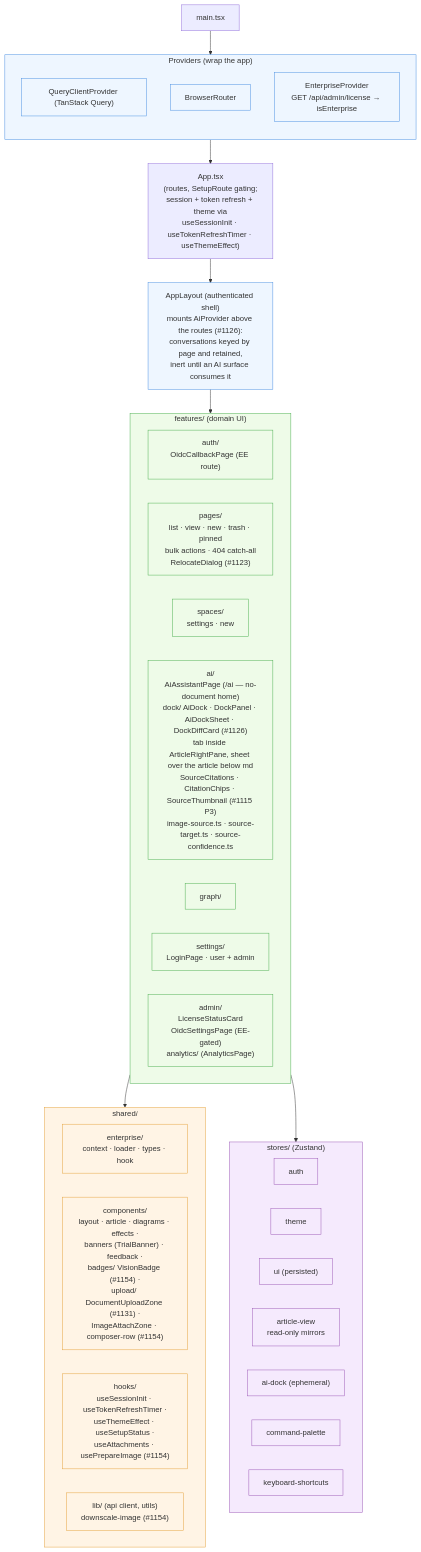
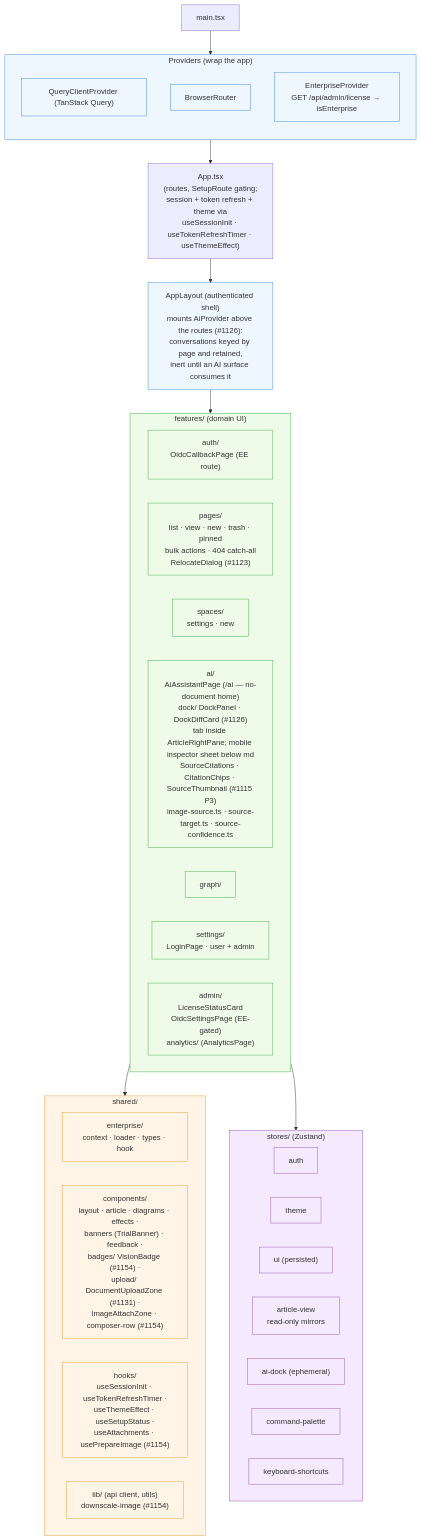
One commit to Compendiq/compendiq-ce changed the first of 6 diagrams in docs/architecture/04-frontend-structure.md. Above: the diagram before and after it, drawn with Mermaid. The commit also changed other lines of this file and 13 other files, not shown here.

````diff
--- a/docs/architecture/04-frontend-structure.md
+++ b/docs/architecture/04-frontend-structure.md
@@ -8,59 +8,59 @@
 ```mermaid
 flowchart TB
     main["main.tsx"]
 
     subgraph providers["Providers (wrap the app)"]
         direction TB
         qp["QueryClientProvider (TanStack Query)"]
         rp["BrowserRouter"]
         ep["EnterpriseProvider<br/>GET /api/admin/license → isEnterprise"]
     end
 
     main --> providers
     providers --> app["App.tsx<br/>(routes, SetupRoute gating;<br/>session + token refresh + theme via<br/>useSessionInit · useTokenRefreshTimer · useThemeEffect)"]
 
     subgraph features["features/ (domain UI)"]
         direction LR
         fAuth["auth/<br/>OidcCallbackPage (EE route)"]
         fPages["pages/<br/>list · view · new · trash · pinned<br/>bulk actions · 404 catch-all<br/>RelocateDialog (#1123)"]
         fSpaces["spaces/<br/>settings · new"]
-        fAI["ai/<br/>AiAssistantPage (/ai — no-document home)<br/>dock/ AiDock · DockPanel · AiDockSheet · DockDiffCard (#1126)<br/>tab inside ArticleRightPane, sheet over the article below md<br/>SourceCitations · CitationChips · SourceThumbnail (#1115 P3)<br/>image-source.ts · source-target.ts · source-confidence.ts"]
+        fAI["ai/<br/>AiAssistantPage (/ai — no-document home)<br/>dock/ DockPanel · DockDiffCard (#1126)<br/>tab inside ArticleRightPane; mobile inspector sheet below md<br/>SourceCitations · CitationChips · SourceThumbnail (#1115 P3)<br/>image-source.ts · source-target.ts · source-confidence.ts"]
         fGraph["graph/"]
         fSettings["settings/<br/>LoginPage · user + admin"]
         fAdmin["admin/<br/>LicenseStatusCard<br/>OidcSettingsPage (EE-gated)<br/>analytics/ (AnalyticsPage)"]
     end
 
     app --> shell["AppLayout (authenticated shell)<br/>mounts AiProvider above the routes (#1126):<br/>conversations keyed by page and retained,<br/>inert until an AI surface consumes it"]
     shell --> features
 
     subgraph shared["shared/"]
         direction LR
         sEnt["enterprise/<br/>context · loader · types · hook"]
         sComp["components/<br/>layout · article · diagrams · effects ·<br/>banners (TrialBanner) · feedback ·<br/>badges/ VisionBadge (#1154) ·<br/>upload/ DocumentUploadZone (#1131) ·<br/>ImageAttachZone · composer-row (#1154)"]
         sHooks["hooks/<br/>useSessionInit · useTokenRefreshTimer ·<br/>useThemeEffect · useSetupStatus ·<br/>useAttachments · usePrepareImage (#1154)"]
         sLib["lib/ (api client, utils)<br/>downscale-image (#1154)"]
     end
 
     features --> shared
 
     subgraph stores["stores/ (Zustand)"]
         zAuth["auth"]
         zTheme["theme"]
         zUI["ui (persisted)"]
         zAV["article-view<br/>read-only mirrors"]
         zDock["ai-dock (ephemeral)"]
         zCmd["command-palette"]
         zKb["keyboard-shortcuts"]
     end
 
     features --> stores
 
     classDef prov fill:#eef6ff,stroke:#4a90e2
     classDef feat fill:#eefbe8,stroke:#4caf50
     classDef sh fill:#fff4e5,stroke:#e5a23c
     classDef st fill:#f5eafd,stroke:#9b59b6
     class providers,qp,rp,ep,shell prov
     class features,fAuth,fPages,fSpaces,fAI,fGraph,fSettings,fAdmin feat
     class shared,sEnt,sComp,sHooks,sLib sh
     class stores,zAuth,zTheme,zUI,zAV,zDock,zCmd,zKb st
 ```
````
